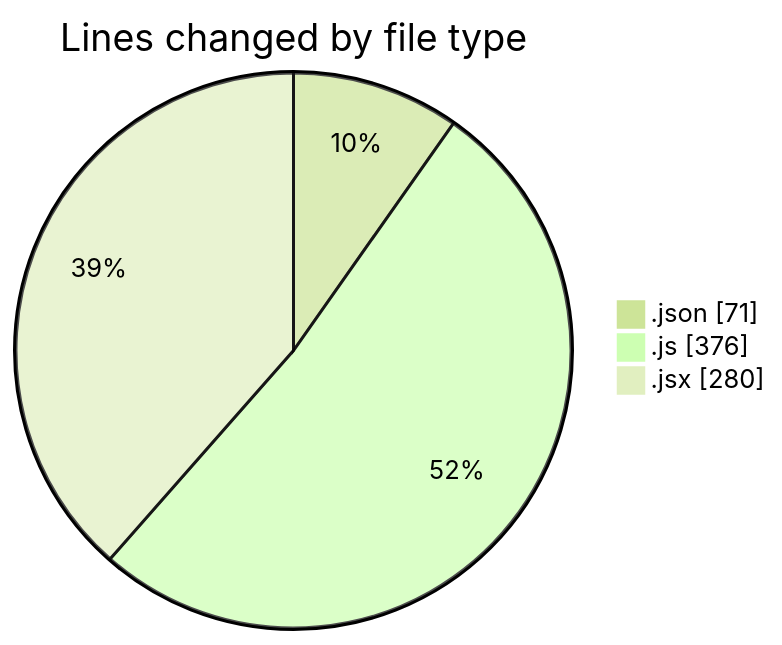
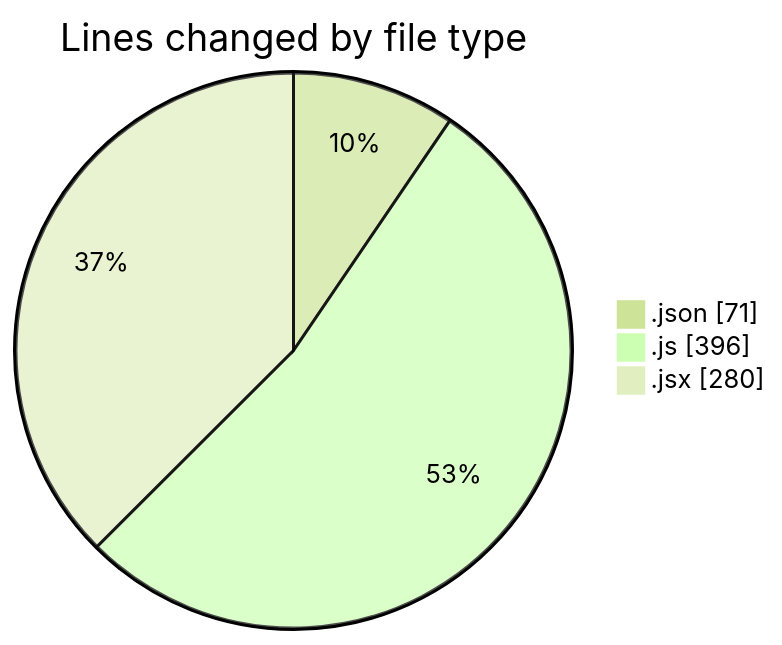
One commit to momahboobian/code-tracking changed the first of 2 diagrams in 2025-05-13/cda/README.md. Above: the diagram before and after it, drawn with Mermaid (forest theme). The commit also changed other lines of this file and 1 other file, not shown here.

````diff
--- a/2025-05-13/cda/README.md
+++ b/2025-05-13/cda/README.md
@@ -23,7 +24,7 @@
 ```mermaid
 pie showData
 title Lines changed by file type
 ".json" : 71
-".js" : 376
+".js" : 396
 ".jsx" : 280
 ```
````
